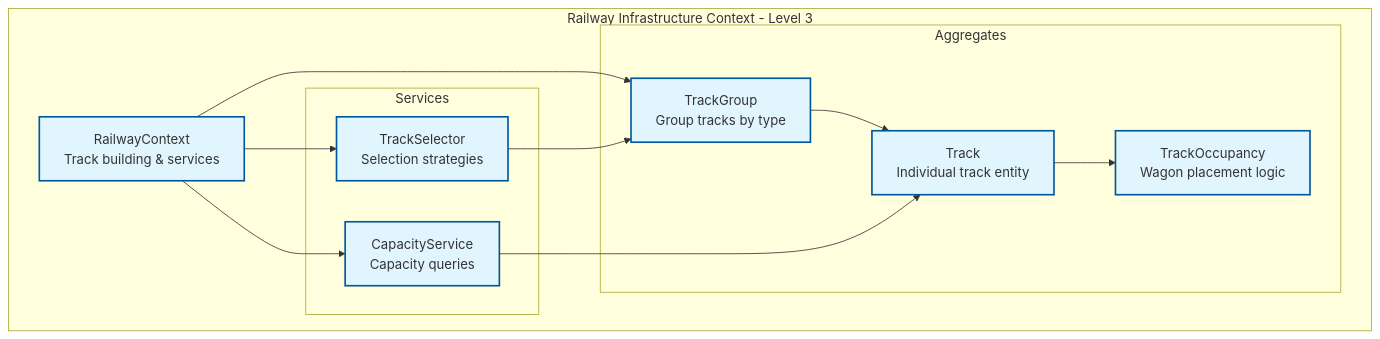
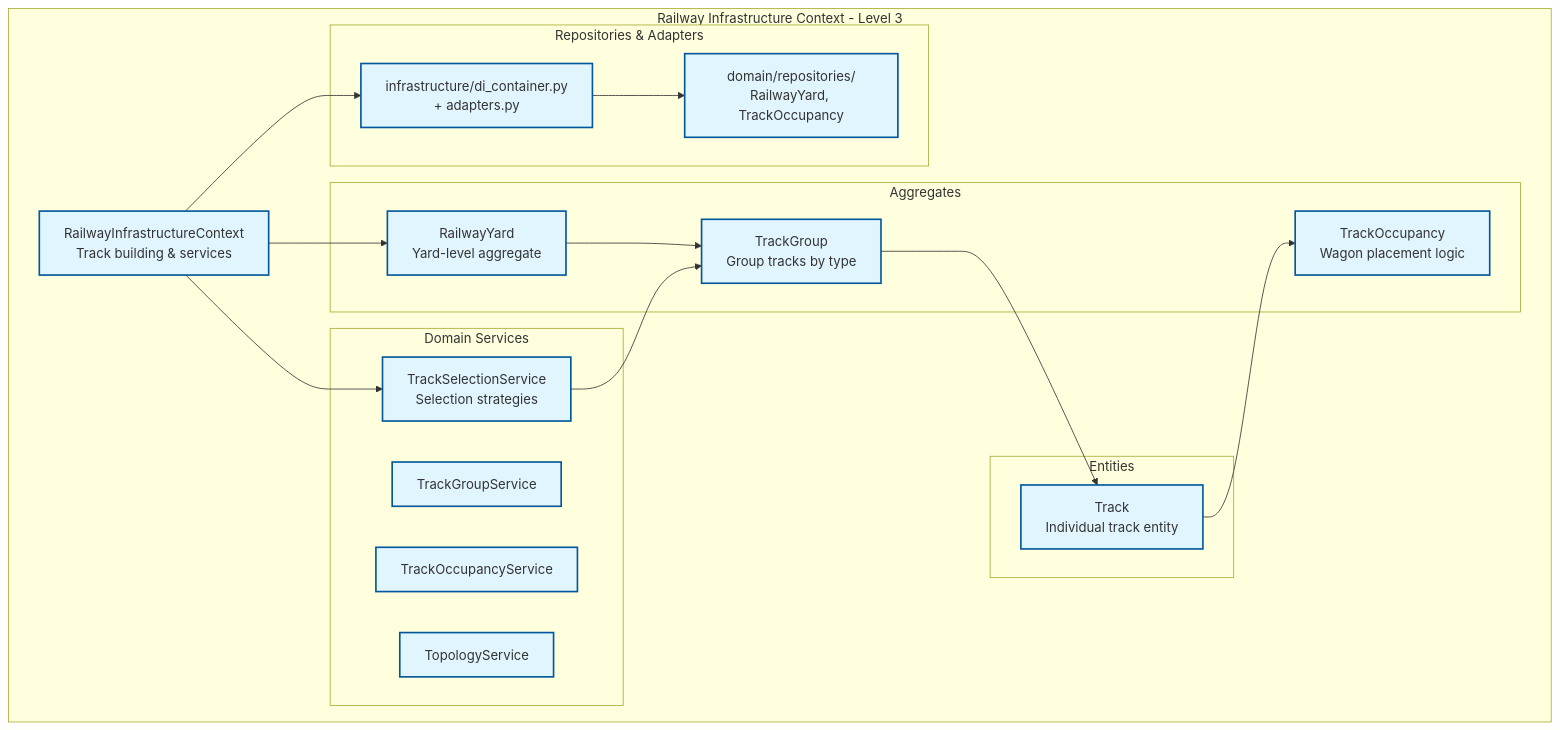
The fourth of 7 diagrams in docs/mvp/architecture/05a-level3-implementation.md (OpenRailAssociation/dac-migration-dss-popupsim), drawn with Mermaid before and after one commit. The commit also changed other lines of this file and 73 other files, not shown here.

````diff
--- a/docs/mvp/architecture/05a-level3-implementation.md
+++ b/docs/mvp/architecture/05a-level3-implementation.md
@@ -201,29 +208,41 @@
 ```mermaid
 graph TB
     subgraph "Railway Infrastructure Context - Level 3"
-        Context["RailwayContext<br/>Track building & services"]
+        Context["RailwayInfrastructureContext<br/>Track building & services"]
         
         subgraph "Aggregates"
+            Yard["RailwayYard<br/>Yard-level aggregate"]
             TrackGroup["TrackGroup<br/>Group tracks by type"]
-            Track["Track<br/>Individual track entity"]
             Occupancy["TrackOccupancy<br/>Wagon placement logic"]
         end
+
+        subgraph "Entities"
+            Track["Track<br/>Individual track entity"]
+        end
         
-        subgraph "Services"
-            Selector["TrackSelector<br/>Selection strategies"]
-            Capacity["CapacityService<br/>Capacity queries"]
+        subgraph "Domain Services"
+            Selection["TrackSelectionService<br/>Selection strategies"]
+            GroupSvc["TrackGroupService"]
+            OccSvc["TrackOccupancyService"]
+            Topology["TopologyService"]
+        end
+
+        subgraph "Repositories & Adapters"
+            Repos["domain/repositories/<br/>RailwayYard, TrackOccupancy"]
+            DI["infrastructure/di_container.py<br/>+ adapters.py"]
         end
     end
     
-    Context --> TrackGroup
+    Context --> Yard
+    Yard --> TrackGroup
     TrackGroup --> Track
     Track --> Occupancy
-    Context --> Selector
-    Context --> Capacity
-    Selector --> TrackGroup
-    Capacity --> Track
+    Context --> Selection
+    Context --> DI
+    DI --> Repos
+    Selection --> TrackGroup
     
     classDef component fill:#e1f5fe,stroke:#01579b,stroke-width:2px
     
-    class Context,TrackGroup,Track,Occupancy,Selector,Capacity component
+    class Context,Yard,TrackGroup,Track,Occupancy,Selection,GroupSvc,OccSvc,Topology,Repos,DI component
 ```
````
